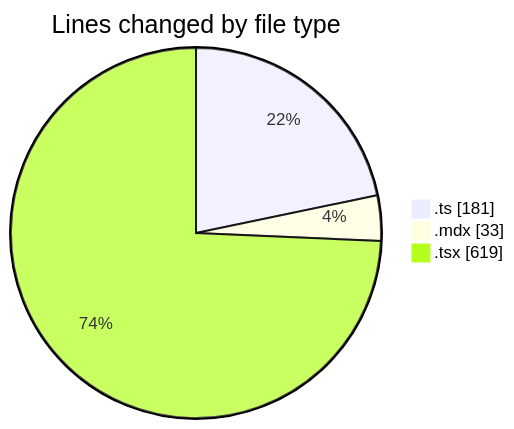
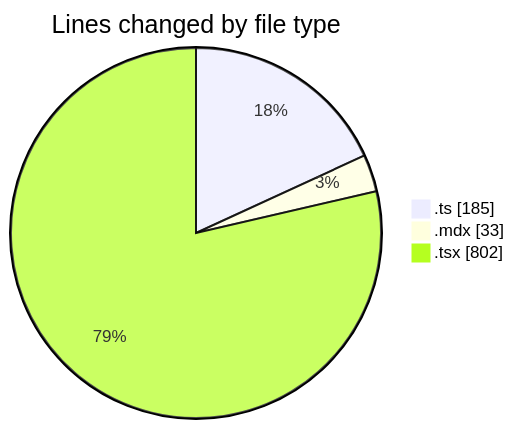
The first of 2 diagrams in 2025-05-25/elitesun/README.md (Elitesun/code-tracking), drawn with Mermaid before and after one commit. The commit also changed other lines of this file and 1 other file, not shown here.

````diff
--- a/2025-05-25/elitesun/README.md
+++ b/2025-05-25/elitesun/README.md
@@ -29,7 +30,7 @@
 ```mermaid
 pie showData
 title Lines changed by file type
-".ts" : 181
+".ts" : 185
 ".mdx" : 33
-".tsx" : 619
+".tsx" : 802
 ```
````
